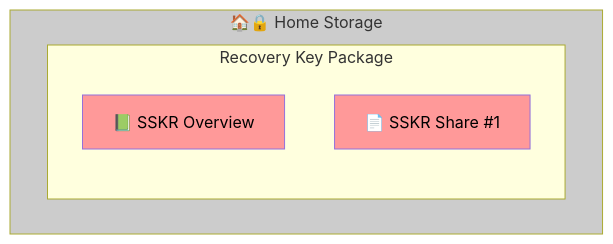
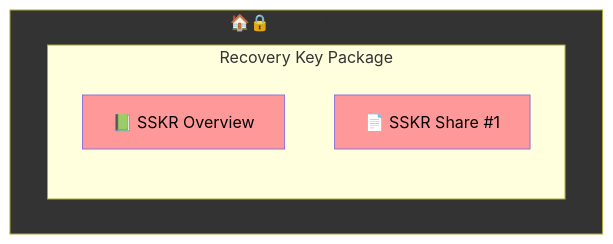
Diagram 15 of 26 in Docs/Scenario-Multisig.md (BlockchainCommons/SmartCustody), drawn with Mermaid before and after one commit. The commit also changed other lines of this file, not shown here.

````diff
--- a/Docs/Scenario-Multisig.md
+++ b/Docs/Scenario-Multisig.md
@@ -556,12 +556,12 @@
     ```mermaid
     graph TD
     subgraph home["🏠🔒 Home Storage"]
       subgraph "Recovery Key Package"
       A["📗 SSKR Overview"]
       B["📄 SSKR Share #1"]
       end
     end
-    style home fill:#cccccc;
+    style home fill:#333;
     style A color:#000,fill:#ff9999;
     style B color:#000,fill:#ff9999;
     ```
````
